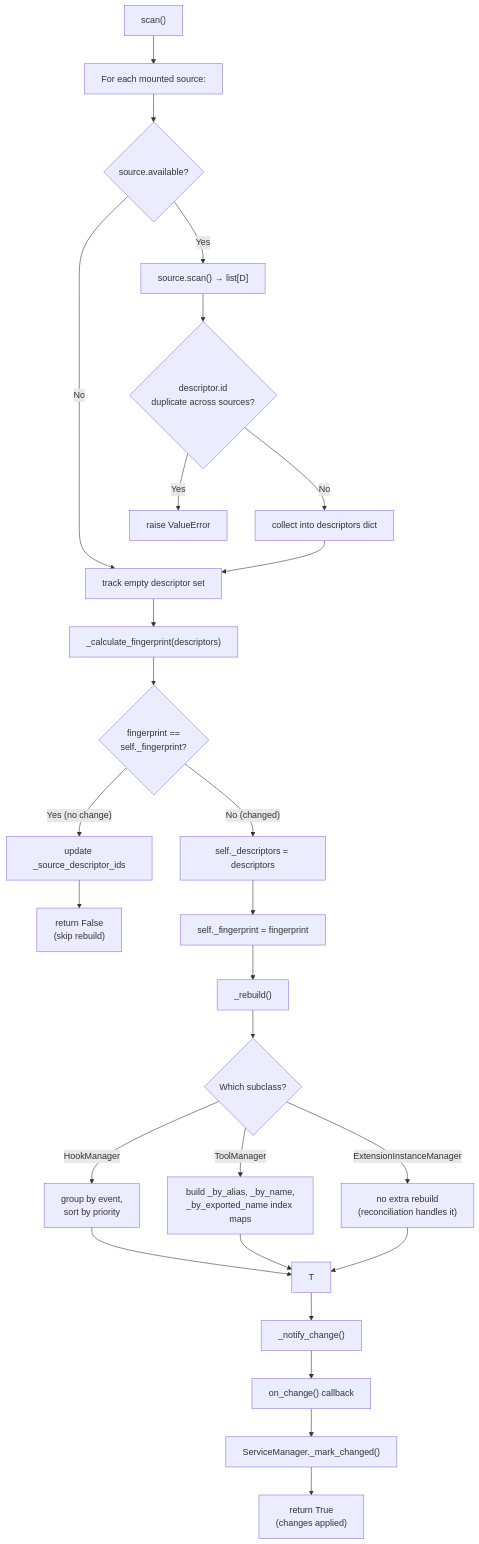
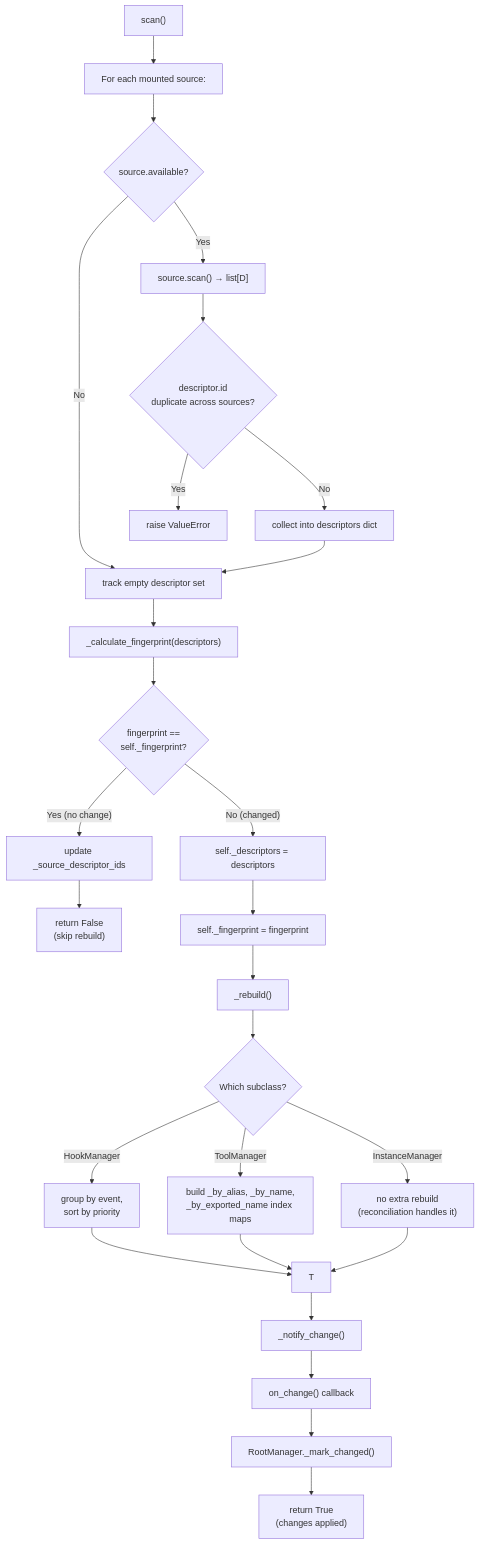
The ninth of 12 diagrams in visuals.md (matrixd0t/commamatrix), drawn with Mermaid before and after one commit. The commit also changed other lines of this file and 34 other files, not shown here.

````diff
--- a/visuals.md
+++ b/visuals.md
@@ -458,34 +459,34 @@
 ```mermaid
 flowchart TD
     A["scan()"] --> B["For each mounted source:"]
     B --> C{"source.available?"}
     C -->|"No"| D["track empty descriptor set"]
     C -->|"Yes"| E["source.scan() → list[D]"]
     E --> F{"descriptor.id<br/>duplicate across sources?"}
     F -->|"Yes"| G["raise ValueError"]
     F -->|"No"| H["collect into descriptors dict"]
     H --> D
     D --> I["_calculate_fingerprint(descriptors)"]
     I --> J{"fingerprint ==<br/>self._fingerprint?"}
 
     J -->|"Yes (no change)"| K["update _source_descriptor_ids"]
     K --> L["return False<br/>(skip rebuild)"]
 
     J -->|"No (changed)"| M["self._descriptors = descriptors"]
     M --> N["self._fingerprint = fingerprint"]
     N --> O["_rebuild()"]
     O --> P{"Which subclass?"}
 
     P -->|"HookManager"| Q["group by event,<br/>sort by priority"]
     P -->|"ToolManager"| R["build _by_alias, _by_name,<br/>_by_exported_name index maps"]
-    P -->|"ExtensionInstanceManager"| S["no extra rebuild<br/>(reconciliation handles it)"]
+    P -->|"InstanceManager"| S["no extra rebuild<br/>(reconciliation handles it)"]
 
     Q --> T
     R --> T
     S --> T
 
     T --> U["_notify_change()"]
     U --> V["on_change() callback"]
-    V --> W["ServiceManager._mark_changed()"]
+    V --> W["RootManager._mark_changed()"]
     W --> X["return True<br/>(changes applied)"]
 ```
````
